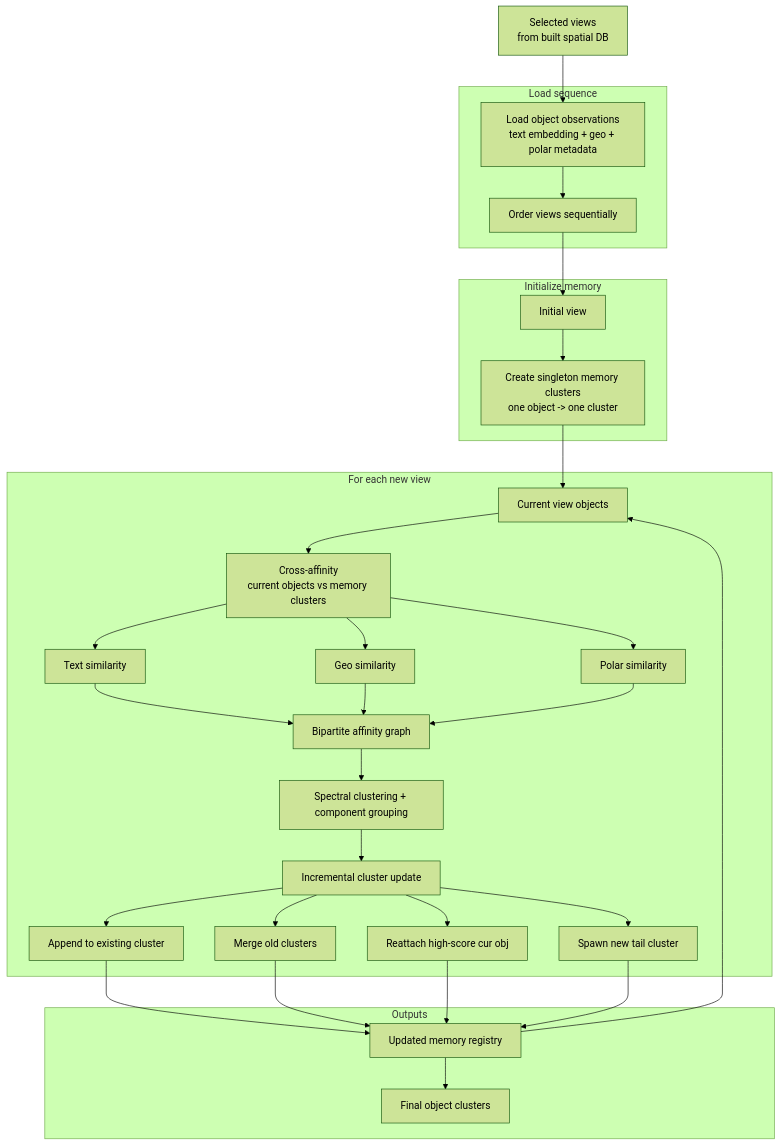
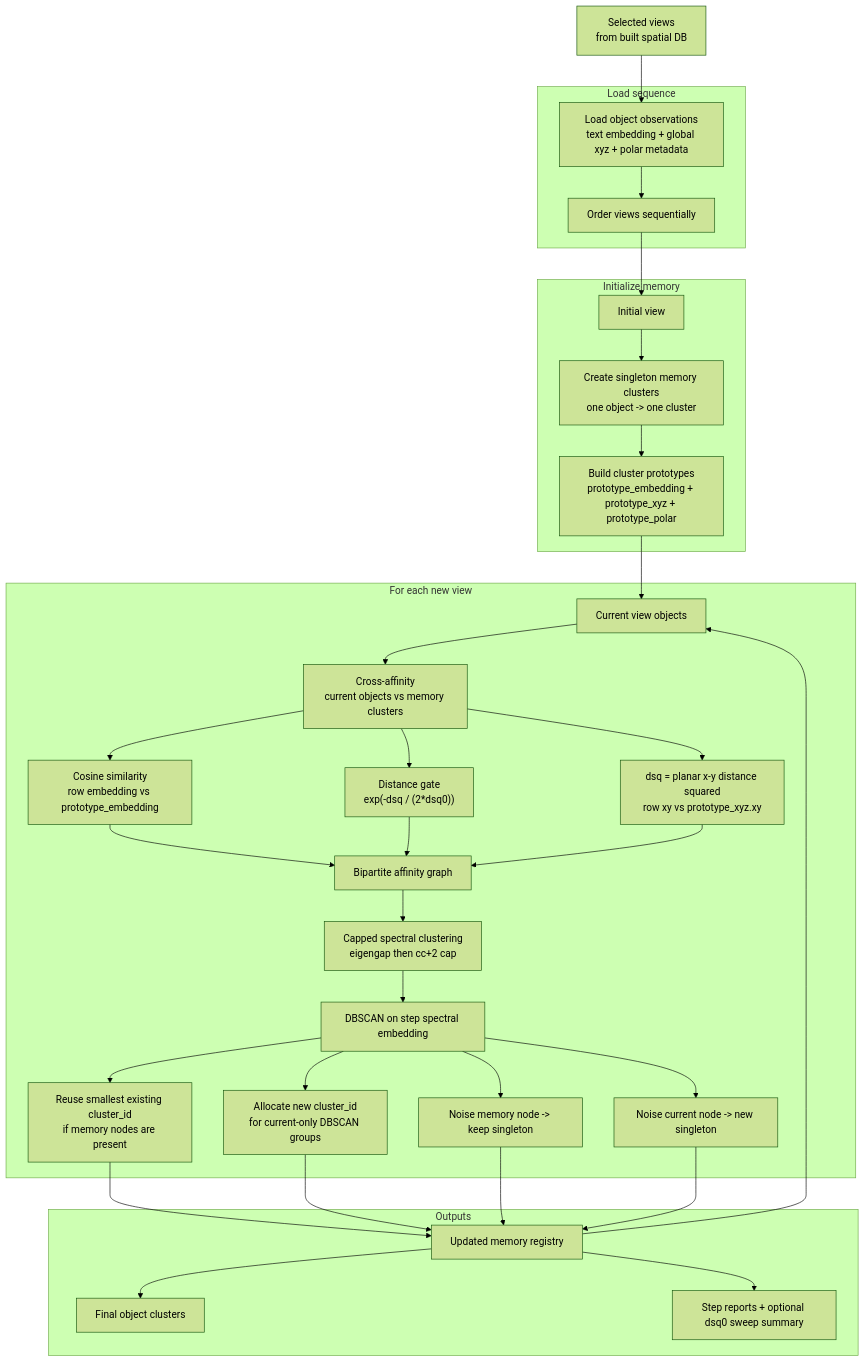
Before and after one commit to YuhengLiu6/SpacialRAG: the second of 2 diagrams in Spatial_RAG_Pipeline_Documentation_EN.md, drawn with Mermaid (forest theme). The commit also changed other lines of this file and 176 other files, not shown here.

````diff
--- a/Spatial_RAG_Pipeline_Documentation_EN.md
+++ b/Spatial_RAG_Pipeline_Documentation_EN.md
@@ -536,62 +565,65 @@
 ```mermaid
 flowchart TD
     A["Selected views<br/>from built spatial DB"]
 
     subgraph S1["Load sequence"]
-        B["Load object observations<br/>text embedding + geo + polar metadata"]
+        B["Load object observations<br/>text embedding + global xyz + polar metadata"]
         C["Order views sequentially"]
     end
 
     subgraph S2["Initialize memory"]
         D["Initial view"]
         E["Create singleton memory clusters<br/>one object -> one cluster"]
+        E2["Build cluster prototypes<br/>prototype_embedding + prototype_xyz + prototype_polar"]
     end
 
     subgraph S3["For each new view"]
         F["Current view objects"]
 
         G["Cross-affinity<br/>current objects vs memory clusters"]
-        G1["Text similarity"]
-        G2["Geo similarity"]
-        G3["Polar similarity"]
+        G1["Cosine similarity<br/>row embedding vs prototype_embedding"]
+        G2["Distance gate<br/>exp(-dsq / (2*dsq0))"]
+        G3["dsq = planar x-y distance squared<br/>row xy vs prototype_xyz.xy"]
 
         H["Bipartite affinity graph"]
-        I["Spectral clustering + component grouping"]
+        I["Capped spectral clustering<br/>eigengap then cc+2 cap"]
 
-        J["Incremental cluster update"]
-        J1["Append to existing cluster"]
-        J2["Merge old clusters"]
-        J3["Reattach high-score cur obj"]
-        J4["Spawn new tail cluster"]
+        J["DBSCAN on step spectral embedding"]
+        J1["Reuse smallest existing cluster_id<br/>if memory nodes are present"]
+        J2["Allocate new cluster_id<br/>for current-only DBSCAN groups"]
+        J3["Noise memory node -> keep singleton"]
+        J4["Noise current node -> new singleton"]
     end
 
     subgraph S4["Outputs"]
         K["Updated memory registry"]
         L["Final object clusters"]
+        M["Step reports + optional dsq0 sweep summary"]
     end
 
-    A --> B --> C --> D --> E --> F
+    A --> B --> C --> D --> E --> E2 --> F
 
     F --> G
     G --> G1
     G --> G2
     G --> G3
     G1 --> H
     G2 --> H
     G3 --> H
 
     H --> I --> J
     J --> J1
     J --> J2
     J --> J3
     J --> J4
 
     J1 --> K
     J2 --> K
     J3 --> K
     J4 --> K
 
     K --> F
     K --> L
+    K --> M
 
 ```
````
